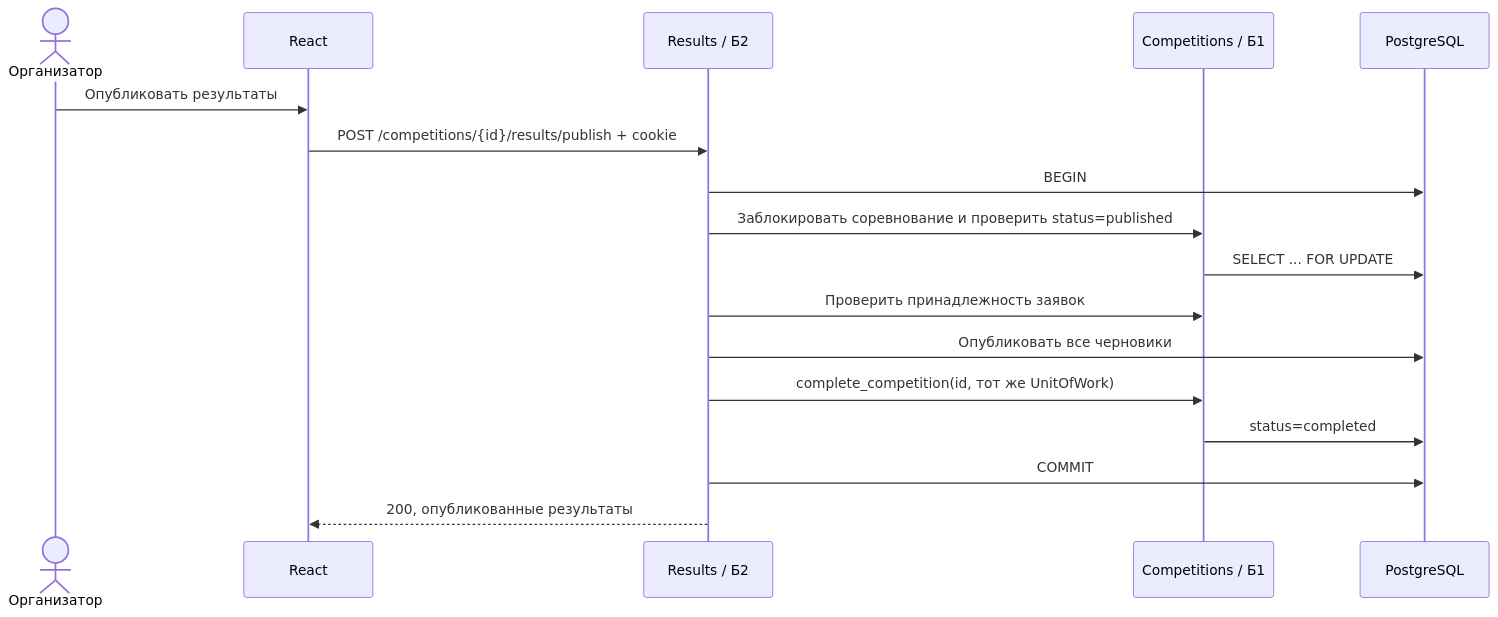
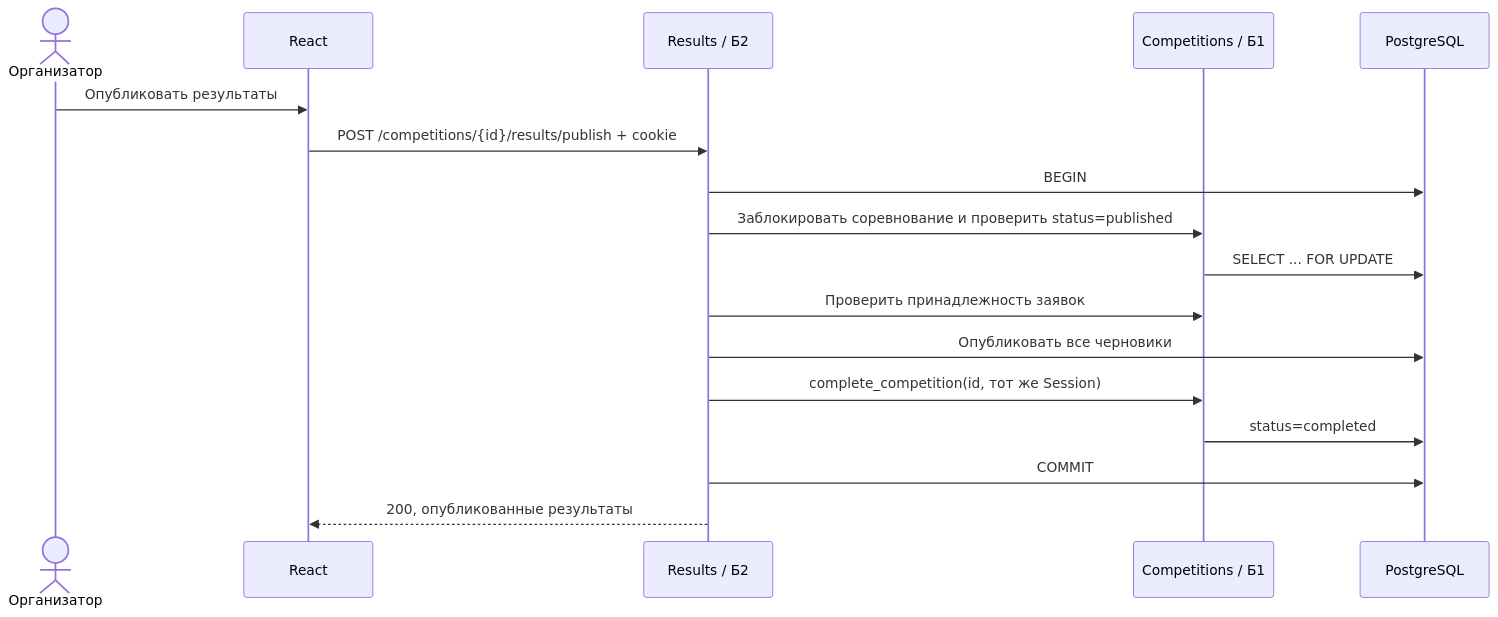
The second of 3 diagrams in docs/architecture.md (Gadjik21/technosportfest-2026), drawn with Mermaid before and after one commit. The commit also changed other lines of this file and 49 other files, not shown here.

````diff
--- a/docs/architecture.md
+++ b/docs/architecture.md
@@ -50,19 +50,19 @@
 ```mermaid
 sequenceDiagram
     actor O as Организатор
     participant UI as React
     participant R as Results / Б2
     participant C as Competitions / Б1
     participant DB as PostgreSQL
     O->>UI: Опубликовать результаты
     UI->>R: POST /competitions/{id}/results/publish + cookie
     R->>DB: BEGIN
     R->>C: Заблокировать соревнование и проверить status=published
     C->>DB: SELECT ... FOR UPDATE
     R->>C: Проверить принадлежность заявок
     R->>DB: Опубликовать все черновики
-    R->>C: complete_competition(id, тот же UnitOfWork)
+    R->>C: complete_competition(id, тот же Session)
     C->>DB: status=completed
     R->>DB: COMMIT
     R-->>UI: 200, опубликованные результаты
 ```
````
